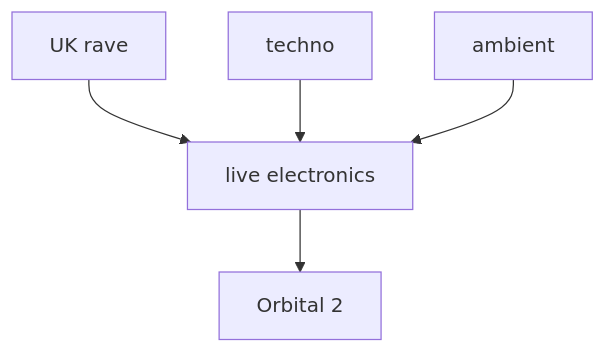
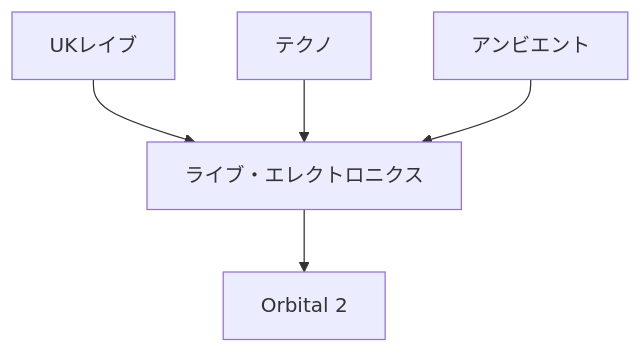
One commit to monumental-movement/monumental-movement.github.io changed the eighth of 10 diagrams in en/_posts/2026-07-03-column-influential-album-07.md. Above: the diagram before and after it, drawn with Mermaid. The commit also changed other lines of this file and 2196 other files, not shown here.

```diff
--- a/en/_posts/2026-07-03-column-influential-album-07.md
+++ b/en/_posts/2026-07-03-column-influential-album-07.md
@@ -1372,15 +1370,15 @@
 <div class="mermaid">
 flowchart TD
 
-A[UK rave]
-B[techno]
-C[ambient]
-D[live electronics]
+A[UKレイブ]
+B[テクノ]
+C[アンビエント]
+D[ライブ・エレクトロニクス]
 E[Orbital 2]
 
 A --> D
 B --> D
 C --> D
 D --> E
 
 </div>
```
